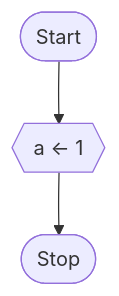
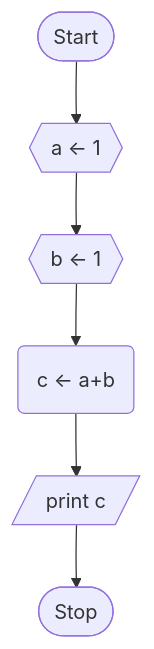
Before and after one commit to davrot/pytutorial: the second of 2 diagrams in flow/examples/README.md, drawn with Mermaid. The commit also changed other lines of this file, not shown here.

```diff
--- a/flow/examples/README.md
+++ b/flow/examples/README.md
@@ -29,4 +29,4 @@
   <pre class="mermaid">
     flowchart TD
-      start([Start]) --> inita{{"a ← 1"}} -->stop([Stop])
+      start([Start]) --> inita{{"a ← 1"}} --> initb{{"b ← 1"}} --> add("c ← a+b") --> printc[/"print c"/] -->stop([Stop])
   </pre>
```
